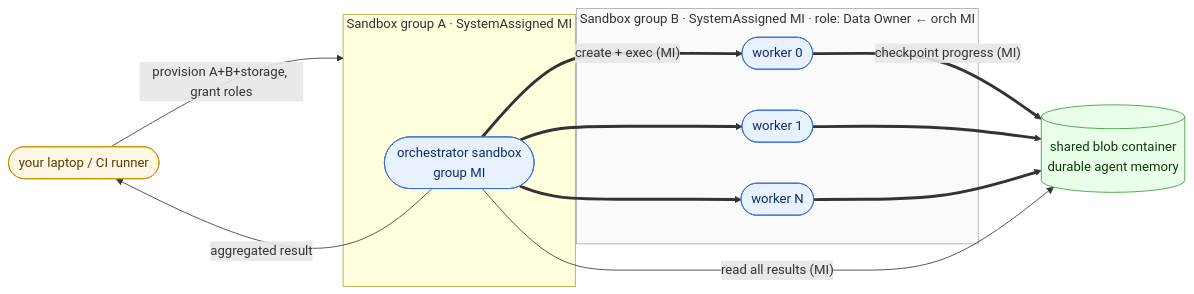
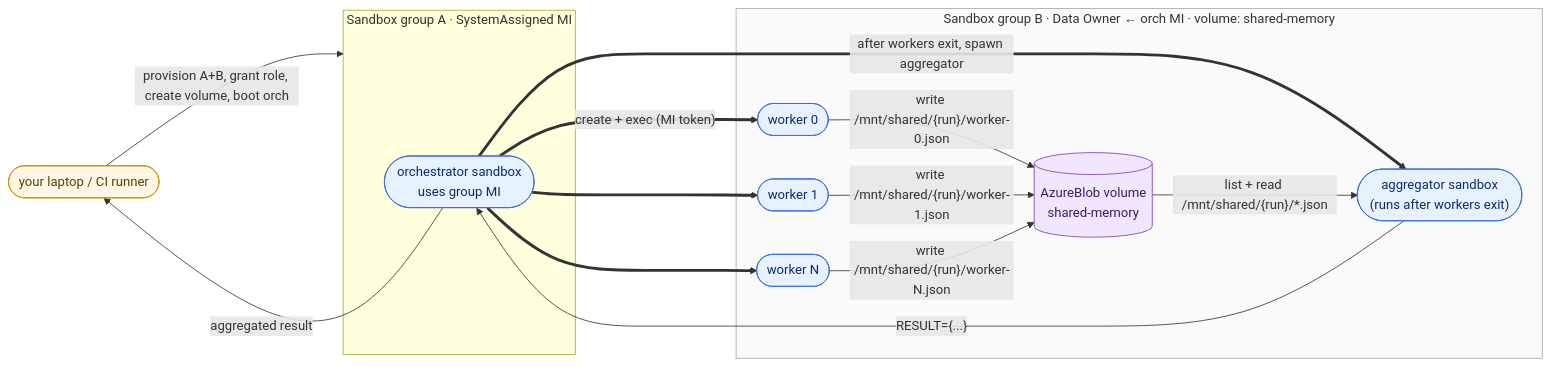
Before and after one commit to annaji-msft/ai-apps: the diagram in samples/sandboxes/scenarios/04-swarms/03-shared-blob-memory/README.md, drawn with Mermaid. The commit also changed other lines of this file and 11 other files, not shown here.

````diff
--- a/samples/sandboxes/scenarios/04-swarms/03-shared-blob-memory/README.md
+++ b/samples/sandboxes/scenarios/04-swarms/03-shared-blob-memory/README.md
@@ -10,36 +13,41 @@
 ```mermaid
 flowchart LR
     classDef sandbox fill:#e8f1ff,stroke:#3b6fd6,color:#0b2c6b
     classDef group   fill:#fafafa,stroke:#aaa,color:#333
     classDef host    fill:#fff7e6,stroke:#c89400,color:#5a3d00
-    classDef store   fill:#eaffea,stroke:#2f9e2f,color:#0a3d0a
+    classDef volume  fill:#f0e6ff,stroke:#7b3fb6,color:#3a1d6b
 
     host(["your laptop / CI runner"]):::host
-    orch(["orchestrator sandbox<br/>group MI"]):::sandbox
-    w0(["worker 0"]):::sandbox
-    w1(["worker 1"]):::sandbox
+    orch(["orchestrator sandbox<br/>uses group MI"]):::sandbox
+    w1(["worker 0"]):::sandbox
+    w2(["worker 1"]):::sandbox
     wN(["worker N"]):::sandbox
-    blob[("shared blob container<br/>durable agent memory")]:::store
+    agg(["aggregator sandbox<br/>(runs after workers exit)"]):::sandbox
+    vol[("AzureBlob volume<br/>shared-memory")]:::volume
 
     subgraph A ["Sandbox group A · SystemAssigned MI"]
       orch
     end
     class A group
 
-    subgraph B ["Sandbox group B · SystemAssigned MI · role: Data Owner ← orch MI"]
-      w0
+    subgraph B ["Sandbox group B · Data Owner ← orch MI · volume: shared-memory"]
       w1
+      w2
       wN
+      agg
+      vol
     end
     class B group
 
-    host  -- "provision A+B+storage, grant roles" --> A
-    orch  == "create + exec (MI)" ==> w0
-    orch  ==> w1
-    orch  ==> wN
-    w0    == "checkpoint progress (MI)" ==> blob
-    w1    ==> blob
-    wN    ==> blob
-    orch  -- "read all results (MI)" --> blob
-    orch  -- "aggregated result" --> host
+    host -- "provision A+B, grant role, create volume, boot orch" --> A
+    orch == "create + exec (MI token)" ==> w1
+    orch ==> w2
+    orch ==> wN
+    w1   -- "write /mnt/shared/{run}/worker-0.json" --> vol
+    w2   -- "write /mnt/shared/{run}/worker-1.json" --> vol
+    wN   -- "write /mnt/shared/{run}/worker-N.json" --> vol
+    orch == "after workers exit, spawn aggregator" ==> agg
+    vol  -- "list + read /mnt/shared/{run}/*.json" --> agg
+    agg  -- "RESULT={...}" --> orch
+    orch -- "aggregated result" --> host
 ```
````
